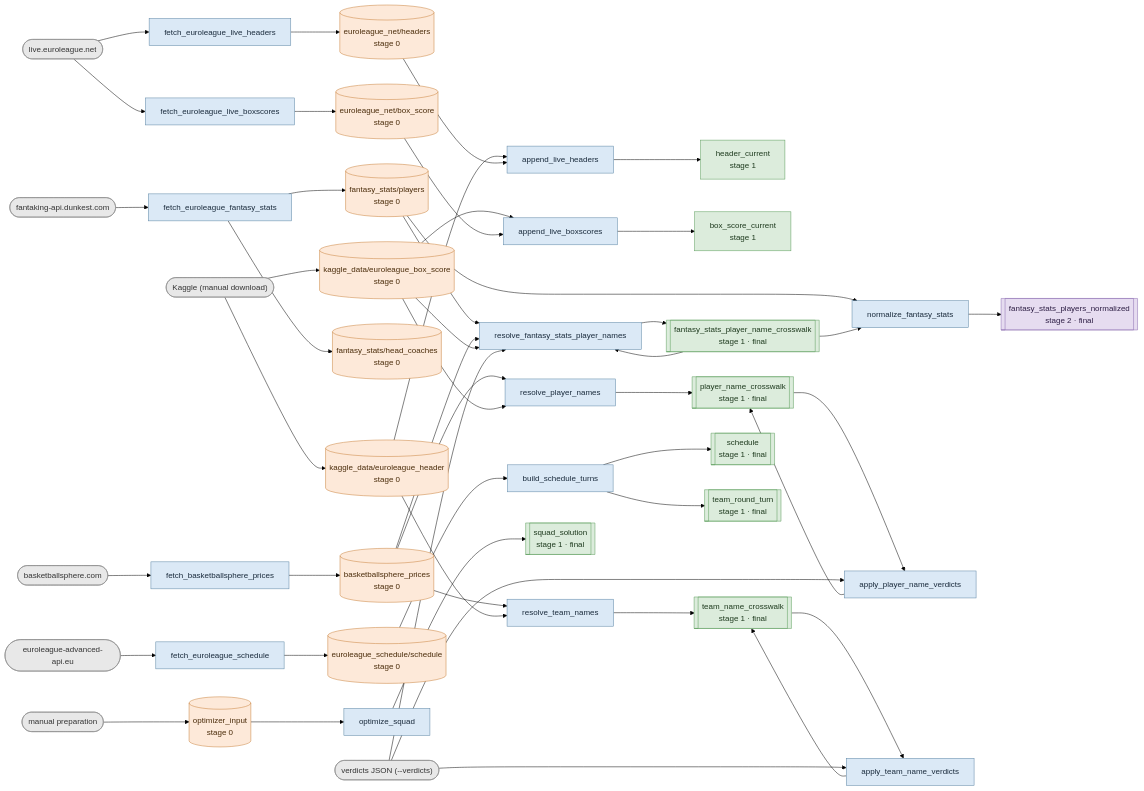
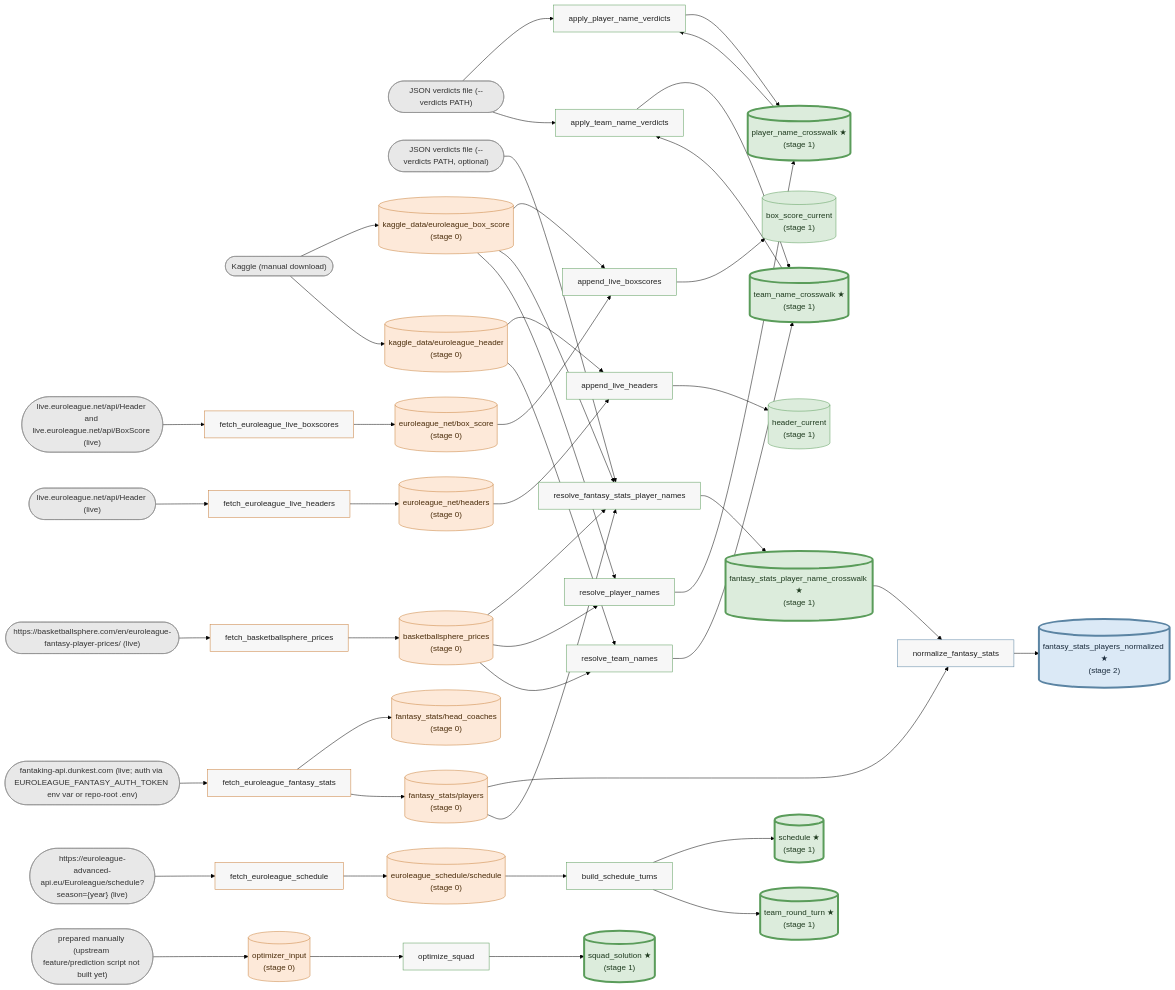
Before and after one commit to Takfes/indie-euroleague: the diagram in docs/data-graph.md, drawn with Mermaid (forest theme). The commit also changed other lines of this file and 7 other files, not shown here.

First line of the commit message:
feat(registry): generate docs/data-graph.md from the registry; rewrite update-data-docs skill

````diff
--- a/docs/data-graph.md
+++ b/docs/data-graph.md
@@ -7,108 +7,115 @@
 ```mermaid
 flowchart LR
     %% external sources
-    bs(["basketballsphere.com"])
-    dunkest(["fantaking-api.dunkest.com"])
-    live(["live.euroleague.net"])
-    adv(["euroleague-advanced-api.eu"])
-    kaggle(["Kaggle (manual download)"])
-    verdicts(["verdicts JSON (--verdicts)"])
-    manual(["manual preparation"])
+    x_JSON_verdicts_file____verdicts_PATH_(["JSON verdicts file (--verdicts PATH)"])
+    x_JSON_verdicts_file____verdicts_PATH__optional_(["JSON verdicts file (--verdicts PATH, optional)"])
+    x_Kaggle__manual_download_(["Kaggle (manual download)"])
+    x_fantaking_api_dunkest_com__live__auth_via_EUROLEAGUE_FANTASY_AUTH_TOKEN_env_var_or_repo_root__env_(["fantaking-api.dunkest.com (live; auth via EUROLEAGUE_FANTASY_AUTH_TOKEN env var or repo-root .env)"])
+    x_https___basketballsphere_com_en_euroleague_fantasy_player_prices___live_(["https://basketballsphere.com/en/euroleague-fantasy-player-prices/ (live)"])
+    x_https___euroleague_advanced_api_eu_Euroleague_schedule_season__year___live_(["https://euroleague-advanced-api.eu/Euroleague/schedule?season={year} (live)"])
+    x_live_euroleague_net_api_Header__live_(["live.euroleague.net/api/Header (live)"])
+    x_live_euroleague_net_api_Header_and_live_euroleague_net_api_BoxScore__live_(["live.euroleague.net/api/Header and live.euroleague.net/api/BoxScore (live)"])
+    x_prepared_manually__upstream_feature_prediction_script_not_built_yet_(["prepared manually (upstream feature/prediction script not built yet)"])
 
     %% scripts
-    f_bs["fetch_basketballsphere_prices"]
-    f_fs["fetch_euroleague_fantasy_stats"]
-    f_live["fetch_euroleague_live_boxscores"]
-    f_lhdr["fetch_euroleague_live_headers"]
-    f_sched["fetch_euroleague_schedule"]
-    b_turns["build_schedule_turns"]
-    r_p["resolve_player_names"]
-    r_f["resolve_fantasy_stats_player_names"]
-    n_f["normalize_fantasy_stats"]
-    a_p["apply_player_name_verdicts"]
-    r_t["resolve_team_names"]
-    a_t["apply_team_name_verdicts"]
-    o_sq["optimize_squad"]
-    t_app["append_live_boxscores"]
-    t_hdr["append_live_headers"]
+    s_append_live_boxscores["append_live_boxscores"]
+    s_append_live_headers["append_live_headers"]
+    s_apply_player_name_verdicts["apply_player_name_verdicts"]
+    s_apply_team_name_verdicts["apply_team_name_verdicts"]
+    s_build_schedule_turns["build_schedule_turns"]
+    s_fetch_basketballsphere_prices["fetch_basketballsphere_prices"]
+    s_fetch_euroleague_fantasy_stats["fetch_euroleague_fantasy_stats"]
+    s_fetch_euroleague_live_boxscores["fetch_euroleague_live_boxscores"]
+    s_fetch_euroleague_live_headers["fetch_euroleague_live_headers"]
+    s_fetch_euroleague_schedule["fetch_euroleague_schedule"]
+    s_normalize_fantasy_stats["normalize_fantasy_stats"]
+    s_optimize_squad["optimize_squad"]
+    s_resolve_fantasy_stats_player_names["resolve_fantasy_stats_player_names"]
+    s_resolve_player_names["resolve_player_names"]
+    s_resolve_team_names["resolve_team_names"]
 
-    %% raw datasets (stage 0)
-    d_prices[("basketballsphere_prices<br/>stage 0")]
-    d_players[("fantasy_stats/players<br/>stage 0")]
-    d_coaches[("fantasy_stats/head_coaches<br/>stage 0")]
-    d_live[("euroleague_net/box_score<br/>stage 0")]
-    d_lhdr[("euroleague_net/headers<br/>stage 0")]
-    d_sched[("euroleague_schedule/schedule<br/>stage 0")]
-    d_kbox[("kaggle_data/euroleague_box_score<br/>stage 0")]
-    d_khdr[("kaggle_data/euroleague_header<br/>stage 0")]
-    d_opt[("optimizer_input<br/>stage 0")]
+    %% datasets
+    d_basketballsphere_prices[("basketballsphere_prices<br/>(stage 0)")]
+    d_euroleague_net_box_score[("euroleague_net/box_score<br/>(stage 0)")]
+    d_euroleague_net_headers[("euroleague_net/headers<br/>(stage 0)")]
+    d_euroleague_schedule_schedule[("euroleague_schedule/schedule<br/>(stage 0)")]
+    d_fantasy_stats_head_coaches[("fantasy_stats/head_coaches<br/>(stage 0)")]
+    d_fantasy_stats_players[("fantasy_stats/players<br/>(stage 0)")]
+    d_kaggle_data_euroleague_box_score[("kaggle_data/euroleague_box_score<br/>(stage 0)")]
+    d_kaggle_data_euroleague_header[("kaggle_data/euroleague_header<br/>(stage 0)")]
+    d_optimizer_input[("optimizer_input<br/>(stage 0)")]
+    d_box_score_current[("box_score_current<br/>(stage 1)")]
+    d_fantasy_stats_player_name_crosswalk[("fantasy_stats_player_name_crosswalk ★<br/>(stage 1)")]
+    d_header_current[("header_current<br/>(stage 1)")]
+    d_player_name_crosswalk[("player_name_crosswalk ★<br/>(stage 1)")]
+    d_schedule[("schedule ★<br/>(stage 1)")]
+    d_squad_solution[("squad_solution ★<br/>(stage 1)")]
+    d_team_name_crosswalk[("team_name_crosswalk ★<br/>(stage 1)")]
+    d_team_round_turn[("team_round_turn ★<br/>(stage 1)")]
+    d_fantasy_stats_players_normalized[("fantasy_stats_players_normalized ★<br/>(stage 2)")]
 
-    %% produced datasets
-    d_hdrc["header_current<br/>stage 1"]
-    d_bsc["box_score_current<br/>stage 1"]
-    d_pxw[["player_name_crosswalk<br/>stage 1 · final"]]
-    d_txw[["team_name_crosswalk<br/>stage 1 · final"]]
-    d_fxw[["fantasy_stats_player_name_crosswalk<br/>stage 1 · final"]]
-    d_fpn[["fantasy_stats_players_normalized<br/>stage 2 · final"]]
-    d_sq[["squad_solution<br/>stage 1 · final"]]
-    d_sch[["schedule<br/>stage 1 · final"]]
-    d_trt[["team_round_turn<br/>stage 1 · final"]]
+    %% edges
+    d_basketballsphere_prices --> s_resolve_fantasy_stats_player_names
+    d_basketballsphere_prices --> s_resolve_player_names
+    d_basketballsphere_prices --> s_resolve_team_names
+    d_euroleague_net_box_score --> s_append_live_boxscores
+    d_euroleague_net_headers --> s_append_live_headers
+    d_euroleague_schedule_schedule --> s_build_schedule_turns
+    d_fantasy_stats_player_name_crosswalk --> s_normalize_fantasy_stats
+    d_fantasy_stats_players --> s_normalize_fantasy_stats
+    d_fantasy_stats_players --> s_resolve_fantasy_stats_player_names
+    d_kaggle_data_euroleague_box_score --> s_append_live_boxscores
+    d_kaggle_data_euroleague_box_score --> s_resolve_fantasy_stats_player_names
+    d_kaggle_data_euroleague_box_score --> s_resolve_player_names
+    d_kaggle_data_euroleague_header --> s_append_live_headers
+    d_kaggle_data_euroleague_header --> s_resolve_team_names
+    d_optimizer_input --> s_optimize_squad
+    d_player_name_crosswalk --> s_apply_player_name_verdicts
+    d_team_name_crosswalk --> s_apply_team_name_verdicts
+    s_append_live_boxscores --> d_box_score_current
+    s_append_live_headers --> d_header_current
+    s_apply_player_name_verdicts --> d_player_name_crosswalk
+    s_apply_team_name_verdicts --> d_team_name_crosswalk
+    s_build_schedule_turns --> d_schedule
+    s_build_schedule_turns --> d_team_round_turn
+    s_fetch_basketballsphere_prices --> d_basketballsphere_prices
+    s_fetch_euroleague_fantasy_stats --> d_fantasy_stats_head_coaches
+    s_fetch_euroleague_fantasy_stats --> d_fantasy_stats_players
+    s_fetch_euroleague_live_boxscores --> d_euroleague_net_box_score
+    s_fetch_euroleague_live_headers --> d_euroleague_net_headers
+    s_fetch_euroleague_schedule --> d_euroleague_schedule_schedule
+    s_normalize_fantasy_stats --> d_fantasy_stats_players_normalized
+    s_optimize_squad --> d_squad_solution
+    s_resolve_fantasy_stats_player_names --> d_fantasy_stats_player_name_crosswalk
+    s_resolve_player_names --> d_player_name_crosswalk
+    s_resolve_team_names --> d_team_name_crosswalk
+    x_JSON_verdicts_file____verdicts_PATH_ --> s_apply_player_name_verdicts
+    x_JSON_verdicts_file____verdicts_PATH_ --> s_apply_team_name_verdicts
+    x_JSON_verdicts_file____verdicts_PATH__optional_ --> s_resolve_fantasy_stats_player_names
+    x_Kaggle__manual_download_ --> d_kaggle_data_euroleague_box_score
+    x_Kaggle__manual_download_ --> d_kaggle_data_euroleague_header
+    x_fantaking_api_dunkest_com__live__auth_via_EUROLEAGUE_FANTASY_AUTH_TOKEN_env_var_or_repo_root__env_ --> s_fetch_euroleague_fantasy_stats
+    x_https___basketballsphere_com_en_euroleague_fantasy_player_prices___live_ --> s_fetch_basketballsphere_prices
+    x_https___euroleague_advanced_api_eu_Euroleague_schedule_season__year___live_ --> s_fetch_euroleague_schedule
+    x_live_euroleague_net_api_Header__live_ --> s_fetch_euroleague_live_headers
+    x_live_euroleague_net_api_Header_and_live_euroleague_net_api_BoxScore__live_ --> s_fetch_euroleague_live_boxscores
+    x_prepared_manually__upstream_feature_prediction_script_not_built_yet_ --> d_optimizer_input
 
-    bs --> f_bs --> d_prices
-    dunkest --> f_fs
-    f_fs --> d_players
-    f_fs --> d_coaches
-    live --> f_live --> d_live
-    live --> f_lhdr --> d_lhdr
-    adv --> f_sched --> d_sched
-    d_sched --> b_turns
-    b_turns --> d_sch
-    b_turns --> d_trt
-    kaggle --> d_kbox
-    kaggle --> d_khdr
-
-    d_prices --> r_p
-    d_kbox --> r_p
-    r_p --> d_pxw
-    d_pxw --> a_p --> d_pxw
-    verdicts --> a_p
-
-    d_players --> r_f
-    d_prices --> r_f
-    d_kbox --> r_f
-    verdicts --> r_f
-    r_f --> d_fxw
-    d_fxw --> r_f
-    d_players --> n_f
-    d_fxw --> n_f
-    n_f --> d_fpn
-
-    d_prices --> r_t
-    d_khdr --> r_t
-    r_t --> d_txw
-    d_txw --> a_t --> d_txw
-    verdicts --> a_t
-
-    d_kbox --> t_app
-    d_live --> t_app
-    t_app --> d_bsc
-
-    d_khdr --> t_hdr
-    d_lhdr --> t_hdr
-    t_hdr --> d_hdrc
-
-    manual --> d_opt
-    d_opt --> o_sq --> d_sq
-
-    %% stage coloring
-    classDef external fill:#e8e8e8,stroke:#888888,color:#333333
-    classDef script fill:#dbe9f6,stroke:#5b84a3,color:#1a2b3c
+    %% colors by stage
+    classDef script_stage0 fill:#f7f7f7,stroke:#c97f3a,color:#222222
+    classDef script_stage1 fill:#f7f7f7,stroke:#5a9c5a,color:#222222
+    classDef script_stage2 fill:#f7f7f7,stroke:#5b84a3,color:#222222
+    classDef source fill:#e8e8e8,stroke:#888888,color:#333333
     classDef stage0 fill:#fde9d9,stroke:#c97f3a,color:#4a2c0a
     classDef stage1 fill:#dcecdc,stroke:#5a9c5a,color:#1e3a1e
-    classDef stage2 fill:#e6dcf0,stroke:#8a6bb0,color:#2e1f45
-    class bs,dunkest,live,adv,kaggle,verdicts,manual external
-    class f_bs,f_fs,f_live,f_lhdr,f_sched,b_turns,r_p,r_f,n_f,a_p,r_t,a_t,o_sq,t_app,t_hdr script
-    class d_prices,d_players,d_coaches,d_live,d_lhdr,d_sched,d_kbox,d_khdr,d_opt stage0
-    class d_hdrc,d_bsc,d_pxw,d_txw,d_sq,d_sch,d_trt,d_fxw stage1
-    class d_fpn stage2
+    classDef stage1_final fill:#dcecdc,stroke:#5a9c5a,color:#1e3a1e,stroke-width:4px
+    classDef stage2_final fill:#dbe9f6,stroke:#5b84a3,color:#1a2b3c,stroke-width:4px
+    class s_fetch_basketballsphere_prices,s_fetch_euroleague_fantasy_stats,s_fetch_euroleague_live_boxscores,s_fetch_euroleague_live_headers,s_fetch_euroleague_schedule script_stage0
+    class s_append_live_boxscores,s_append_live_headers,s_apply_player_name_verdicts,s_apply_team_name_verdicts,s_build_schedule_turns,s_optimize_squad,s_resolve_fantasy_stats_player_names,s_resolve_player_names,s_resolve_team_names script_stage1
+    class s_normalize_fantasy_stats script_stage2
+    class x_JSON_verdicts_file____verdicts_PATH_,x_JSON_verdicts_file____verdicts_PATH__optional_,x_Kaggle__manual_download_,x_fantaking_api_dunkest_com__live__auth_via_EUROLEAGUE_FANTASY_AUTH_TOKEN_env_var_or_repo_root__env_,x_https___basketballsphere_com_en_euroleague_fantasy_player_prices___live_,x_https___euroleague_advanced_api_eu_Euroleague_schedule_season__year___live_,x_live_euroleague_net_api_Header__live_,x_live_euroleague_net_api_Header_and_live_euroleague_net_api_BoxScore__live_,x_prepared_manually__upstream_feature_prediction_script_not_built_yet_ source
+    class d_basketballsphere_prices,d_euroleague_net_box_score,d_euroleague_net_headers,d_euroleague_schedule_schedule,d_fantasy_stats_head_coaches,d_fantasy_stats_players,d_kaggle_data_euroleague_box_score,d_kaggle_data_euroleague_header,d_optimizer_input stage0
+    class d_box_score_current,d_header_current stage1
+    class d_fantasy_stats_player_name_crosswalk,d_player_name_crosswalk,d_schedule,d_squad_solution,d_team_name_crosswalk,d_team_round_turn stage1_final
+    class d_fantasy_stats_players_normalized stage2_final
 ```
````
